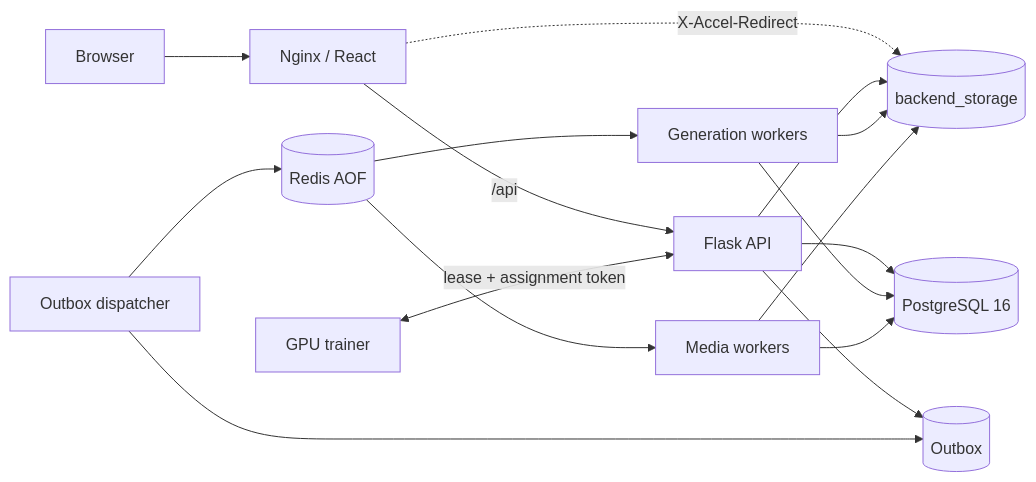
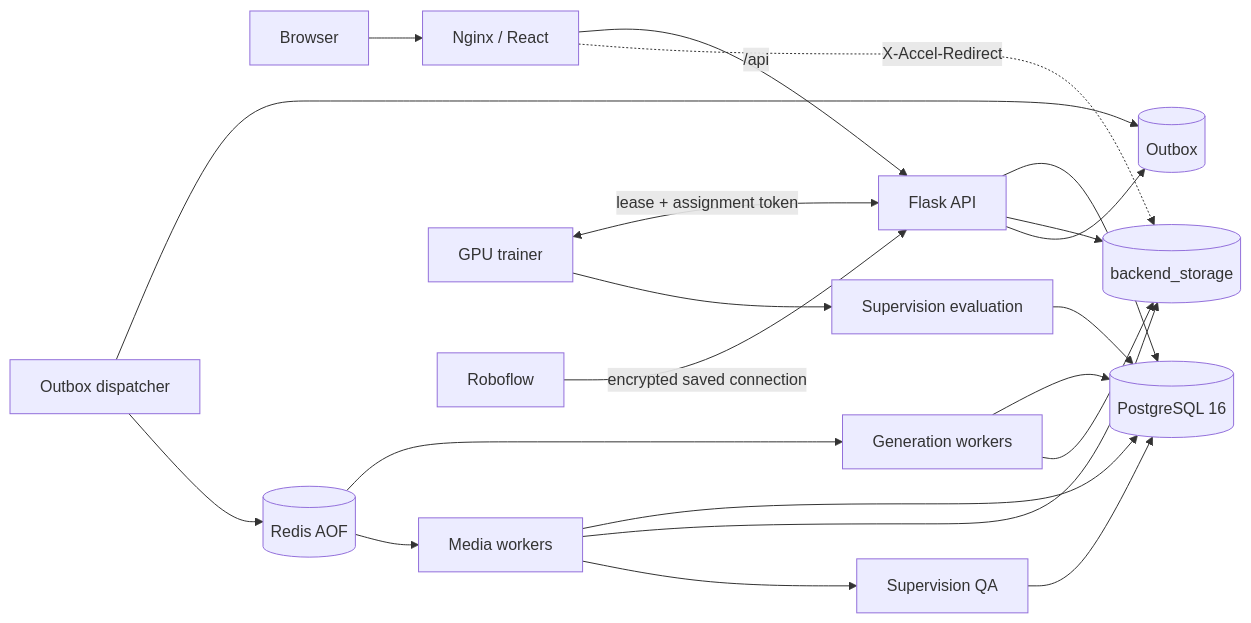
Before and after one commit to zuoa/image-dataset-gen: the diagram in docs/architecture.md, drawn with Mermaid. The commit also changed other lines of this file and 34 other files, not shown here.

````diff
--- a/docs/architecture.md
+++ b/docs/architecture.md
@@ -7,18 +7,23 @@
 ```mermaid
 flowchart LR
   U[Browser] --> N[Nginx / React]
   N -->|/api| A[Flask API]
   N -. X-Accel-Redirect .-> S[(backend_storage)]
   A --> P[(PostgreSQL 16)]
   A --> S
   A --> O[(Outbox)]
   D[Outbox dispatcher] --> O
   D --> R[(Redis AOF)]
   R --> G[Generation workers]
   R --> M[Media workers]
   G --> P
   G --> S
   M --> P
   M --> S
+  M --> Q[Supervision QA]
+  Q --> P
   T[GPU trainer] <-->|lease + assignment token| A
+  T --> E[Supervision evaluation]
+  E --> P
+  F[Roboflow] -->|encrypted saved connection| A
 ```
````
